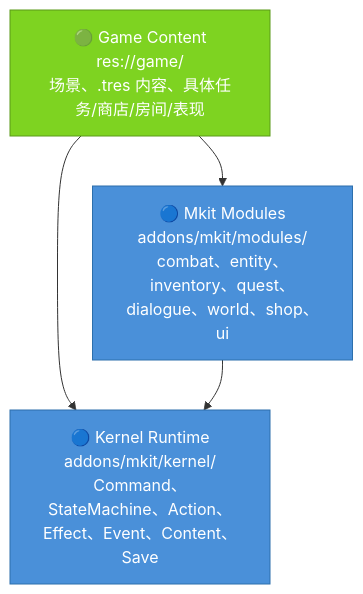
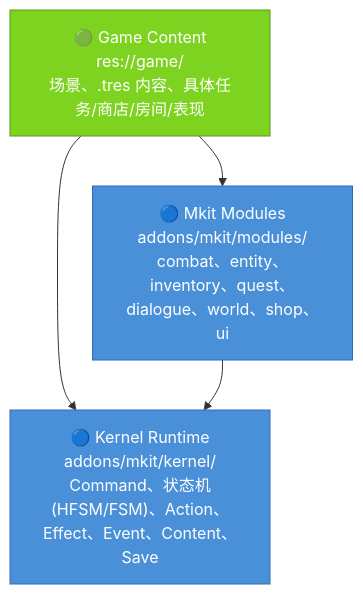
One commit to xiaofeiqiu/mkit changed the first of 5 diagrams in docs/concepts.md. Above: the diagram before and after it, drawn with Mermaid. The commit also changed other lines of this file and 57 other files, not shown here.

Commit message:
Add FSM state machine path and course guide rules

````diff
--- a/docs/concepts.md
+++ b/docs/concepts.md
@@ -15,15 +15,15 @@
 ```mermaid
 flowchart TB
     Game["🟢 Game Content\nres://game/\n场景、.tres 内容、具体任务/商店/房间/表现"]
     Modules["🔵 Mkit Modules\naddons/mkit/modules/\ncombat、entity、inventory、quest、dialogue、world、shop、ui"]
-    Kernel["🔵 Kernel Runtime\naddons/mkit/kernel/\nCommand、StateMachine、Action、Effect、Event、Content、Save"]
+    Kernel["🔵 Kernel Runtime\naddons/mkit/kernel/\nCommand、状态机(HFSM/FSM)、Action、Effect、Event、Content、Save"]
 
     Game --> Modules
     Game --> Kernel
     Modules --> Kernel
 
     classDef mkitCore fill:#4A90D9,color:#fff,stroke:#2C6FAC
     classDef userOwned fill:#7ED321,color:#fff,stroke:#5A9A18
     class Modules,Kernel mkitCore
     class Game userOwned
 ```
````
